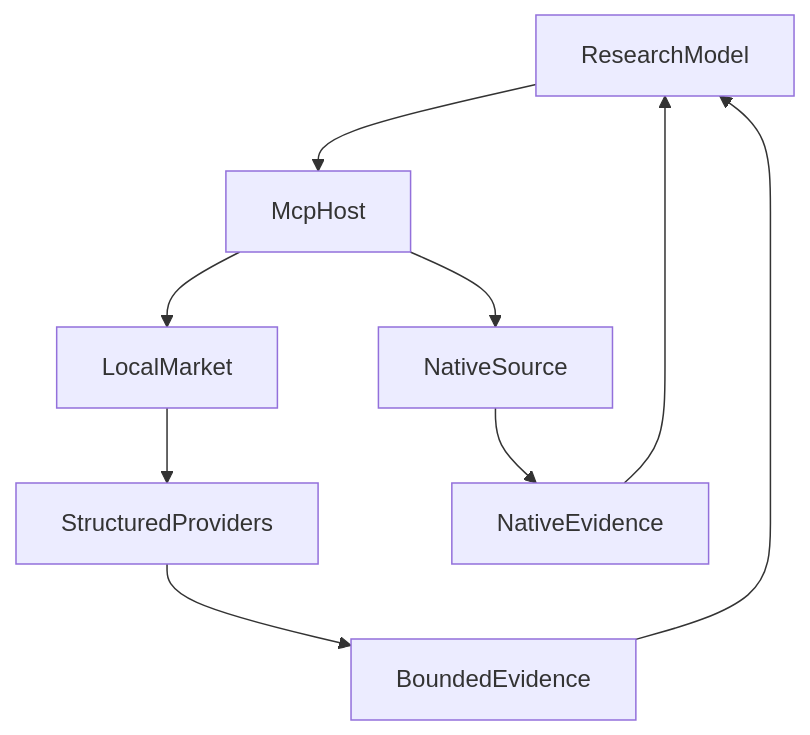
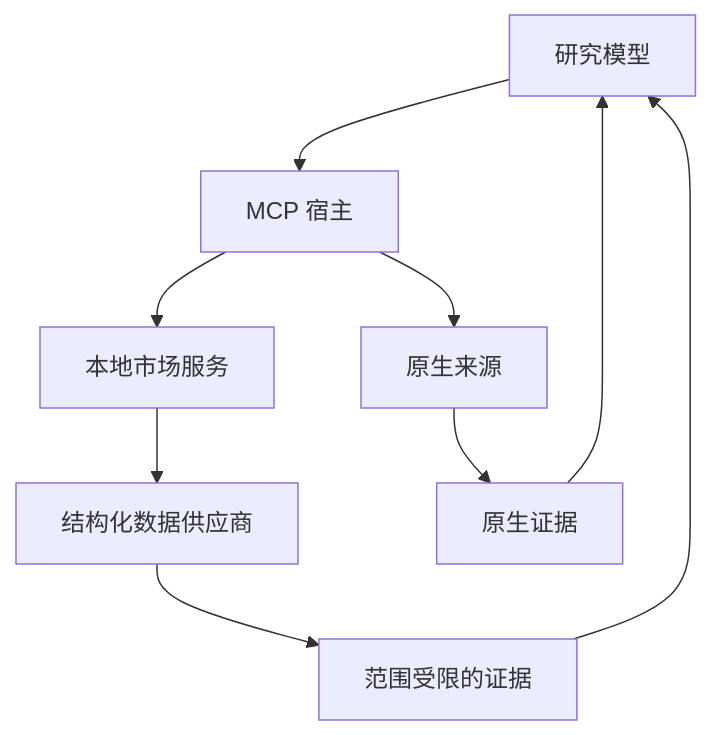
Before and after one commit to hpoenixf/eff-agent-article: the diagram in articles/mcp-market-responsibility-retrospective.md, drawn with Mermaid. The commit also changed 52 other files, not shown here.

Commit message:
docs: localize diagrams and clarify flagship guides

````diff
--- a/articles/mcp-market-responsibility-retrospective.md
+++ b/articles/mcp-market-responsibility-retrospective.md
@@ -85,11 +85,11 @@
 ```mermaid
 graph TD
-ResearchModel --> McpHost
-McpHost --> LocalMarket
-McpHost --> NativeSource
-LocalMarket --> StructuredProviders
-StructuredProviders --> BoundedEvidence
-NativeSource --> NativeEvidence
+ResearchModel["研究模型"] --> McpHost["MCP 宿主"]
+McpHost --> LocalMarket["本地市场服务"]
+McpHost --> NativeSource["原生来源"]
+LocalMarket --> StructuredProviders["结构化数据供应商"]
+StructuredProviders --> BoundedEvidence["范围受限的证据"]
+NativeSource --> NativeEvidence["原生证据"]
 BoundedEvidence --> ResearchModel
 NativeEvidence --> ResearchModel
 ```
````
